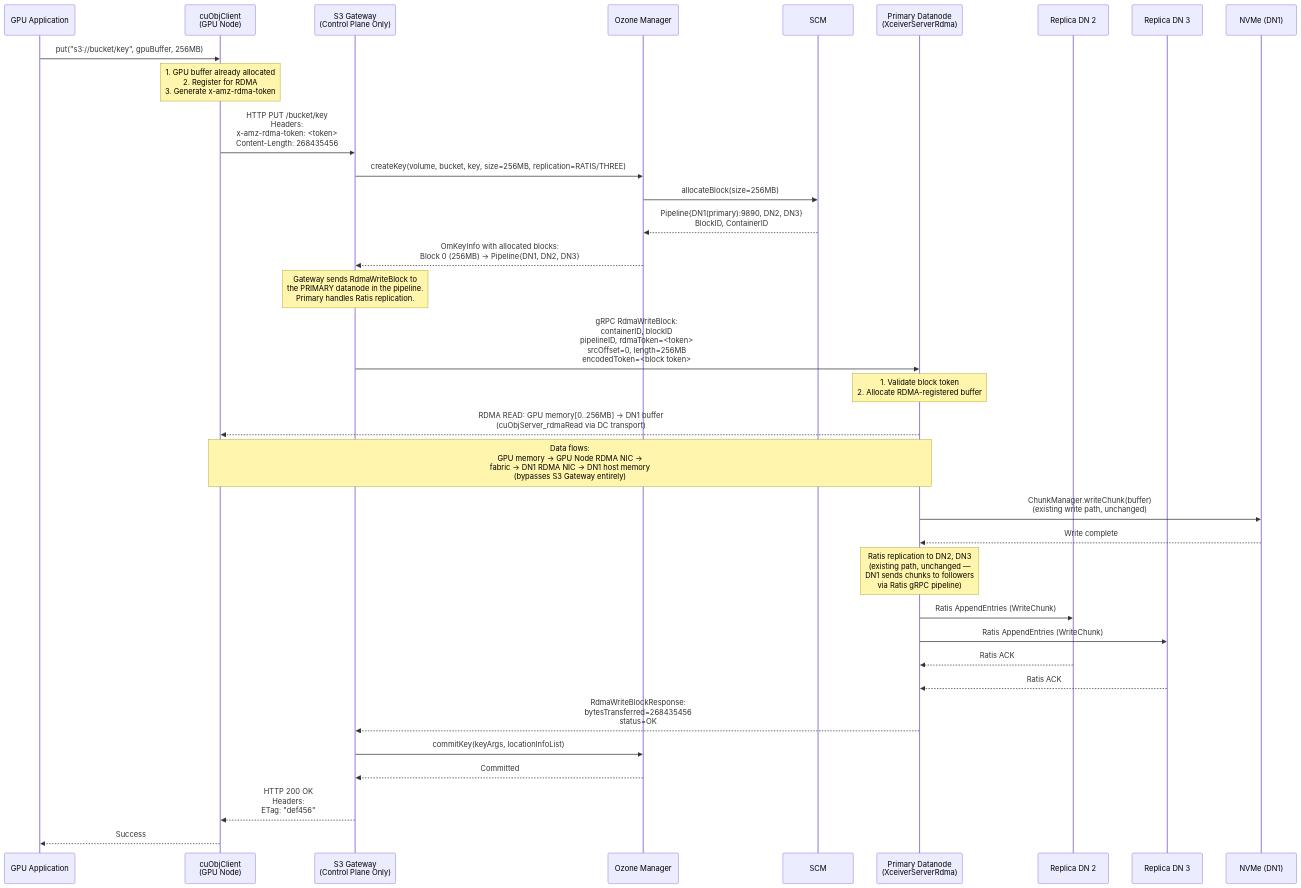
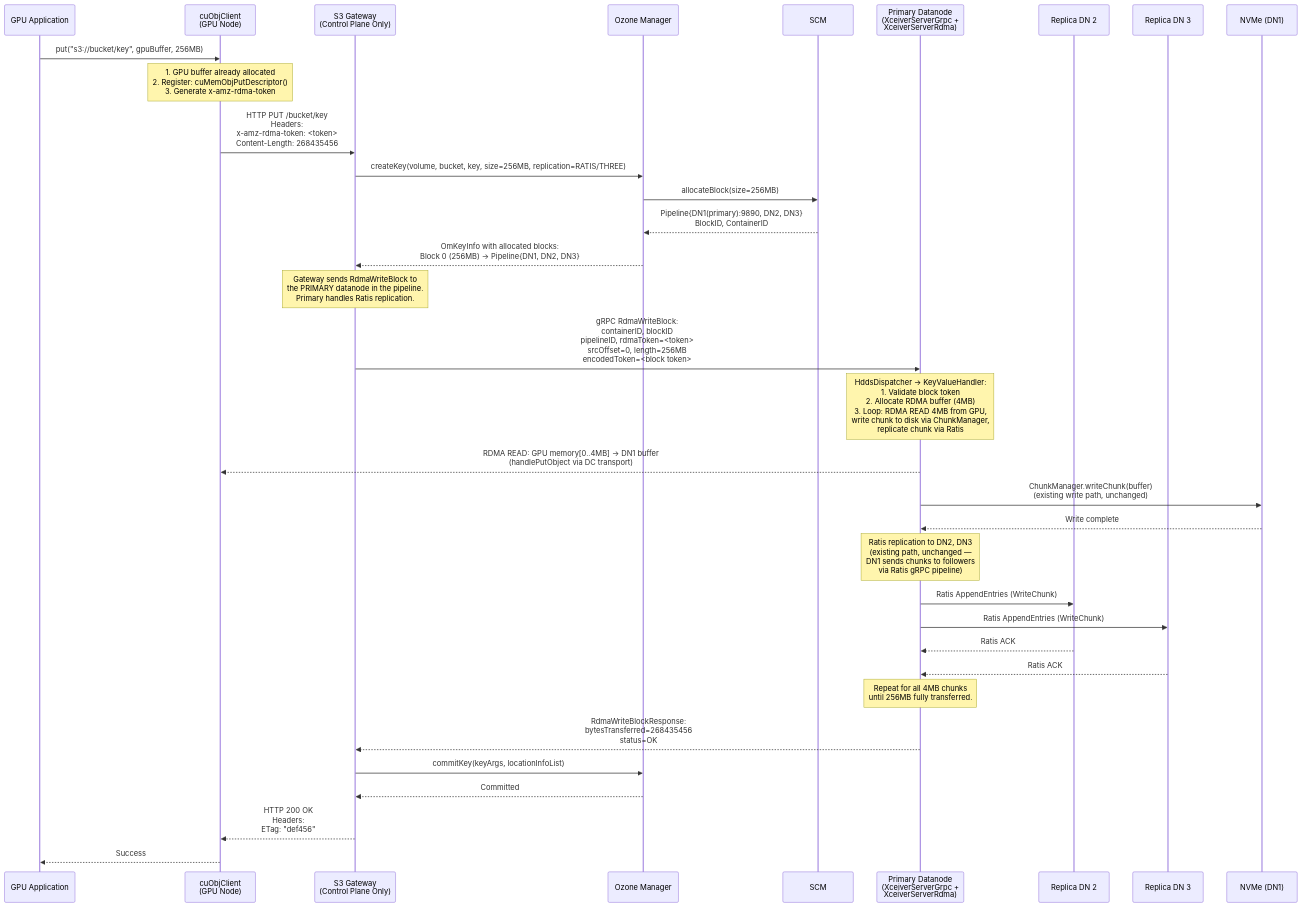
One commit to ptlrs/ozone changed the fifth of 18 diagrams in docs/gds-dn-direct-rdma-implementation-spec.md. Above: the diagram before and after it, drawn with Mermaid. The commit also changed other lines of this file, not shown here.

Commit message:
GPUDirect. Update GPUDirect Storage spec to version 2.0 with enhanced RDMA path details. This removed all hallucinated APIs

````diff
--- a/docs/gds-dn-direct-rdma-implementation-spec.md
+++ b/docs/gds-dn-direct-rdma-implementation-spec.md
@@ -290,36 +298,36 @@
 ```mermaid
 sequenceDiagram
   participant App as GPU Application
   participant cuObj as cuObjClient<br/>(GPU Node)
   participant GW as S3 Gateway<br/>(Control Plane Only)
   participant OM as Ozone Manager
   participant SCM as SCM
-  participant DN1 as Primary Datanode<br/>(XceiverServerRdma)
+  participant DN1 as Primary Datanode<br/>(XceiverServerGrpc +<br/>XceiverServerRdma)
   participant DN2 as Replica DN 2
   participant DN3 as Replica DN 3
   participant Disk1 as NVMe (DN1)
   App ->> cuObj: put("s3://bucket/key", gpuBuffer, 256MB)
-  Note over cuObj: 1. GPU buffer already allocated<br/>2. Register for RDMA<br/>3. Generate x-amz-rdma-token
+  Note over cuObj: 1. GPU buffer already allocated<br/>2. Register: cuMemObjPutDescriptor()<br/>3. Generate x-amz-rdma-token
   cuObj ->> GW: HTTP PUT /bucket/key<br/>Headers:<br/> x-amz-rdma-token: <token><br/> Content-Length: 268435456
   GW ->> OM: createKey(volume, bucket, key, size=256MB, replication=RATIS/THREE)
   OM ->> SCM: allocateBlock(size=256MB)
   SCM -->> OM: Pipeline{DN1(primary):9890, DN2, DN3}<br/>BlockID, ContainerID
-  OM -->> GW: OmKeyInfo with allocated blocks:<br/> Block 0 (256MB) → Pipeline{DN1, DN2, DN3}
+  OM -->> GW: OmKeyInfo with allocated blocks:<br/> Block 0 (256MB) -> Pipeline{DN1, DN2, DN3}
   Note over GW: Gateway sends RdmaWriteBlock to<br/>the PRIMARY datanode in the pipeline.<br/>Primary handles Ratis replication.
   GW ->> DN1: gRPC RdmaWriteBlock:<br/> containerID, blockID<br/> pipelineID, rdmaToken=<token><br/> srcOffset=0, length=256MB<br/> encodedToken=<block token>
-  Note over DN1: 1. Validate block token<br/>2. Allocate RDMA-registered buffer
-  DN1 -->> cuObj: RDMA READ: GPU memory[0..256MB] → DN1 buffer<br/>(cuObjServer_rdmaRead via DC transport)
-  Note over DN1, cuObj: Data flows:<br/>GPU memory → GPU Node RDMA NIC →<br/>fabric → DN1 RDMA NIC → DN1 host memory<br/>(bypasses S3 Gateway entirely)
+  Note over DN1: HddsDispatcher -> KeyValueHandler:<br/>1. Validate block token<br/>2. Allocate RDMA buffer (4MB)<br/>3. Loop: RDMA READ 4MB from GPU,<br/> write chunk to disk via ChunkManager,<br/> replicate chunk via Ratis
+  DN1 -->> cuObj: RDMA READ: GPU memory[0..4MB] -> DN1 buffer<br/>(handlePutObject via DC transport)
   DN1 ->> Disk1: ChunkManager.writeChunk(buffer)<br/>(existing write path, unchanged)
   Disk1 -->> DN1: Write complete
   Note over DN1: Ratis replication to DN2, DN3<br/>(existing path, unchanged —<br/>DN1 sends chunks to followers<br/>via Ratis gRPC pipeline)
   DN1 ->> DN2: Ratis AppendEntries (WriteChunk)
   DN1 ->> DN3: Ratis AppendEntries (WriteChunk)
   DN2 -->> DN1: Ratis ACK
   DN3 -->> DN1: Ratis ACK
+  Note over DN1: Repeat for all 4MB chunks<br/>until 256MB fully transferred.
   DN1 -->> GW: RdmaWriteBlockResponse:<br/> bytesTransferred=268435456<br/> status=OK
   GW ->> OM: commitKey(keyArgs, locationInfoList)
   OM -->> GW: Committed
   GW -->> cuObj: HTTP 200 OK<br/>Headers:<br/> ETag: "def456"
   cuObj -->> App: Success
 ```
````
